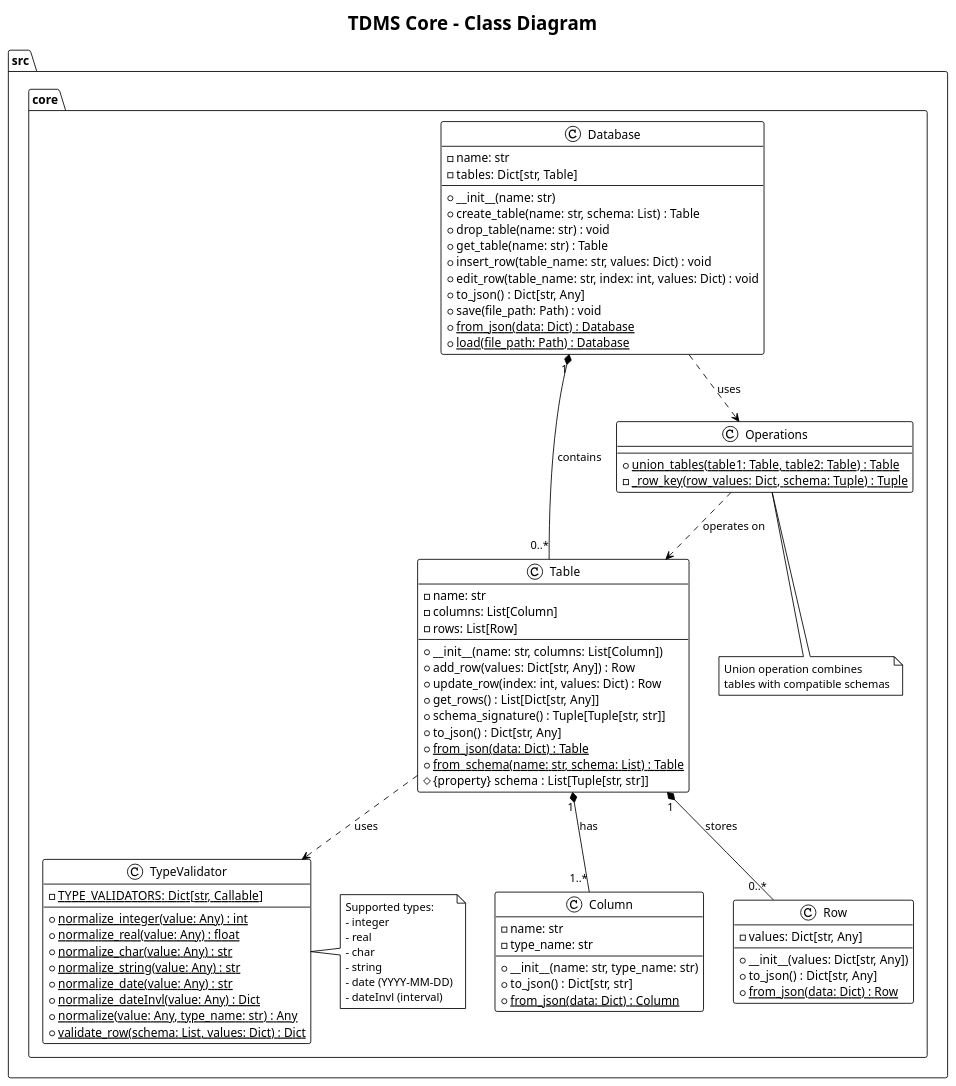
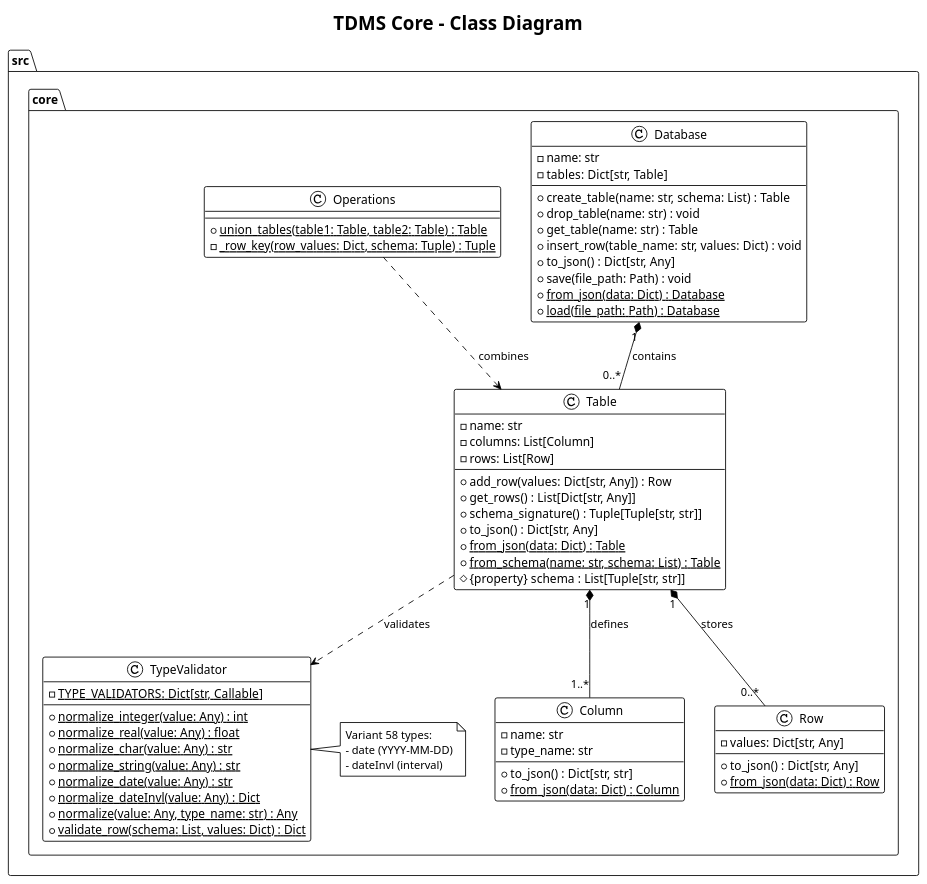
One commit to PavelShpagin/TDMS changed the diagram in UML/02_class_core.puml. Above: the diagram before and after it, drawn with PlantUML. The commit also changed 18 other files, not shown here.

First line of the commit message:
Update UML diagrams to match actual implementation

```diff
--- a/UML/02_class_core.puml
+++ b/UML/02_class_core.puml
@@ -1,98 +1,82 @@
 @startuml class_core
 !theme plain
 title TDMS Core - Class Diagram
 
 package "src.core" {
   class Database {
     - name: str
     - tables: Dict[str, Table]
     --
-    + __init__(name: str)
     + create_table(name: str, schema: List) : Table
     + drop_table(name: str) : void
     + get_table(name: str) : Table
     + insert_row(table_name: str, values: Dict) : void
-    + edit_row(table_name: str, index: int, values: Dict) : void
     + to_json() : Dict[str, Any]
     + save(file_path: Path) : void
     + {static} from_json(data: Dict) : Database
     + {static} load(file_path: Path) : Database
   }
 
   class Table {
     - name: str
     - columns: List[Column]
     - rows: List[Row]
     --
-    + __init__(name: str, columns: List[Column])
     + add_row(values: Dict[str, Any]) : Row
-    + update_row(index: int, values: Dict) : Row
     + get_rows() : List[Dict[str, Any]]
     + schema_signature() : Tuple[Tuple[str, str]]
     + to_json() : Dict[str, Any]
     + {static} from_json(data: Dict) : Table
     + {static} from_schema(name: str, schema: List) : Table
     # {property} schema : List[Tuple[str, str]]
   }
 
   class Column {
     - name: str
     - type_name: str
     --
-    + __init__(name: str, type_name: str)
     + to_json() : Dict[str, str]
     + {static} from_json(data: Dict) : Column
   }
 
   class Row {
     - values: Dict[str, Any]
     --
-    + __init__(values: Dict[str, Any])
     + to_json() : Dict[str, Any]
     + {static} from_json(data: Dict) : Row
   }
 
   class TypeValidator {
     - {static} TYPE_VALIDATORS: Dict[str, Callable]
     --
     + {static} normalize_integer(value: Any) : int
     + {static} normalize_real(value: Any) : float
     + {static} normalize_char(value: Any) : str
     + {static} normalize_string(value: Any) : str
     + {static} normalize_date(value: Any) : str
     + {static} normalize_dateInvl(value: Any) : Dict
     + {static} normalize(value: Any, type_name: str) : Any
     + {static} validate_row(schema: List, values: Dict) : Dict
   }
 
   class Operations {
     --
     + {static} union_tables(table1: Table, table2: Table) : Table
     - {static} _row_key(row_values: Dict, schema: Tuple) : Tuple
   }
 
   ' Relationships
   Database "1" *-- "0..*" Table : contains
-  Table "1" *-- "1..*" Column : has
+  Table "1" *-- "1..*" Column : defines
   Table "1" *-- "0..*" Row : stores
-  Table ..> TypeValidator : uses
-  Operations ..> Table : operates on
-  Database ..> Operations : uses
+  Table ..> TypeValidator : validates
+  Operations ..> Table : combines
 
   note right of TypeValidator
-    Supported types:
-    - integer
-    - real
-    - char
-    - string
+    Variant 58 types:
     - date (YYYY-MM-DD)
     - dateInvl (interval)
-  end note
-
-  note bottom of Operations
-    Union operation combines
-    tables with compatible schemas
   end note
 }
 
 @enduml
```
